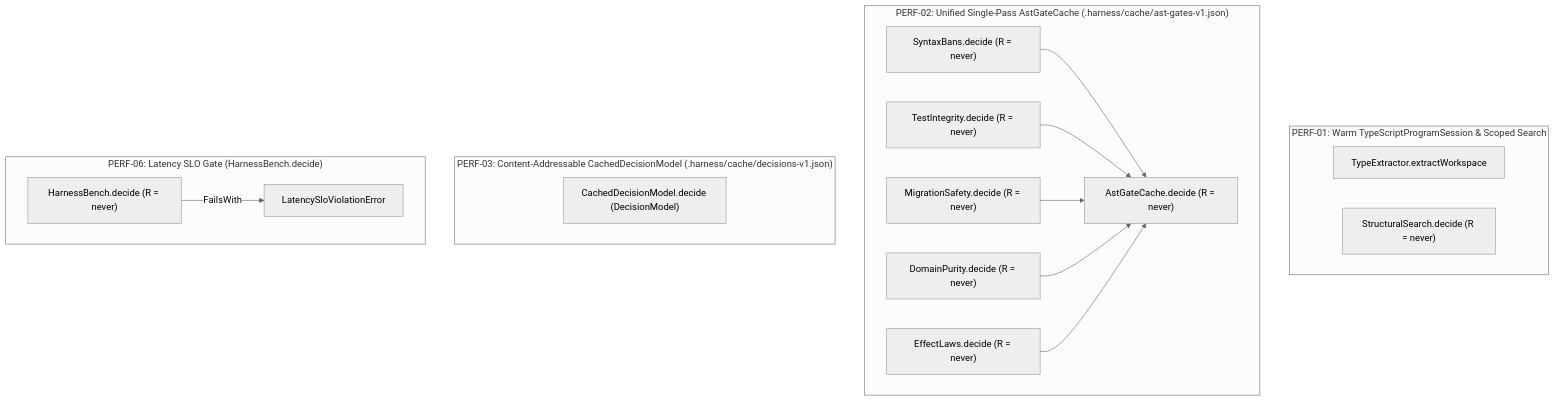
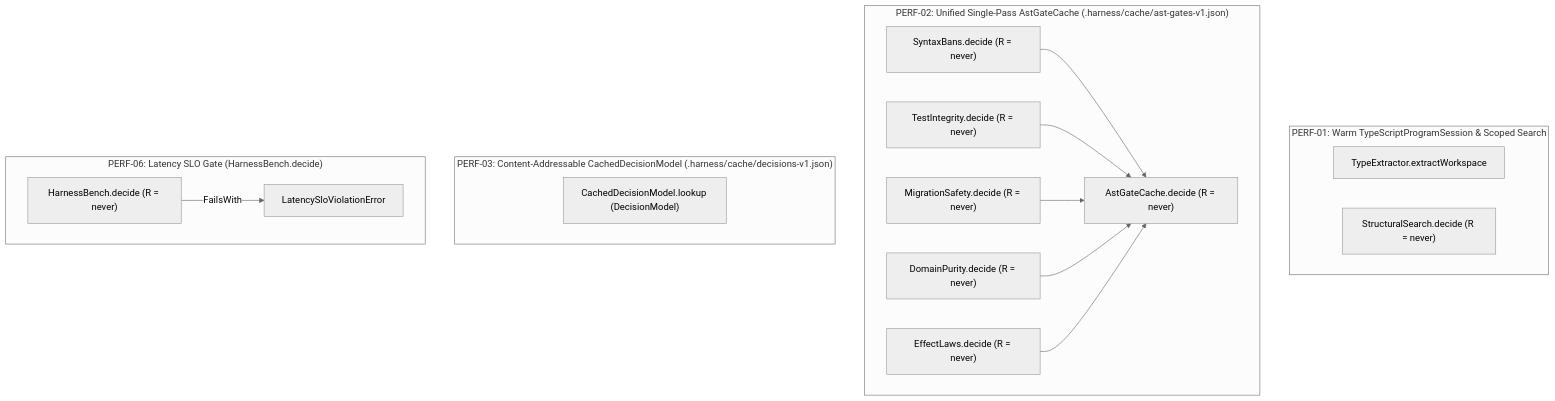
Before and after one commit to selmeci/effect-ts-harness: the diagram in libs/harness/docs/specs/2026-11-09-sub-second-incremental-harness-and-caching.md, drawn with Mermaid (neutral theme). The commit also changed other lines of this file and 118 other files, not shown here.

````diff
--- a/libs/harness/docs/specs/2026-11-09-sub-second-incremental-harness-and-caching.md
+++ b/libs/harness/docs/specs/2026-11-09-sub-second-incremental-harness-and-caching.md
@@ -131,31 +131,31 @@
 ```mermaid
 flowchart TD
     subgraph WarmTypeExtractor["PERF-01: Warm TypeScriptProgramSession & Scoped Search"]
         ExtractWorkspace["TypeExtractor.extractWorkspace"]
         StructuralSearchDecide["StructuralSearch.decide (R = never)"]
     end
 
     subgraph UnifiedAstGates["PERF-02: Unified Single-Pass AstGateCache (.harness/cache/ast-gates-v1.json)"]
         AstCacheDecide["AstGateCache.decide (R = never)"]
         SyntaxBansDecide["SyntaxBans.decide (R = never)"]
         TestIntegrityDecide["TestIntegrity.decide (R = never)"]
         MigrationSafetyDecide["MigrationSafety.decide (R = never)"]
         DomainPurityDecide["DomainPurity.decide (R = never)"]
         EffectLawsDecide["EffectLaws.decide (R = never)"]
         SyntaxBansDecide --> AstCacheDecide
         TestIntegrityDecide --> AstCacheDecide
         MigrationSafetyDecide --> AstCacheDecide
         DomainPurityDecide --> AstCacheDecide
         EffectLawsDecide --> AstCacheDecide
     end
 
     subgraph DecisionCaching["PERF-03: Content-Addressable CachedDecisionModel (.harness/cache/decisions-v1.json)"]
-        CachedDecision["CachedDecisionModel.decide (DecisionModel)"]
+        CachedDecision["CachedDecisionModel.lookup (DecisionModel)"]
     end
 
     subgraph LatencySloGate["PERF-06: Latency SLO Gate (HarnessBench.decide)"]
         BenchDecide["HarnessBench.decide (R = never)"]
         LatencySloViolationError["LatencySloViolationError"]
         BenchDecide -->|FailsWith| LatencySloViolationError
     end
 ```
````
